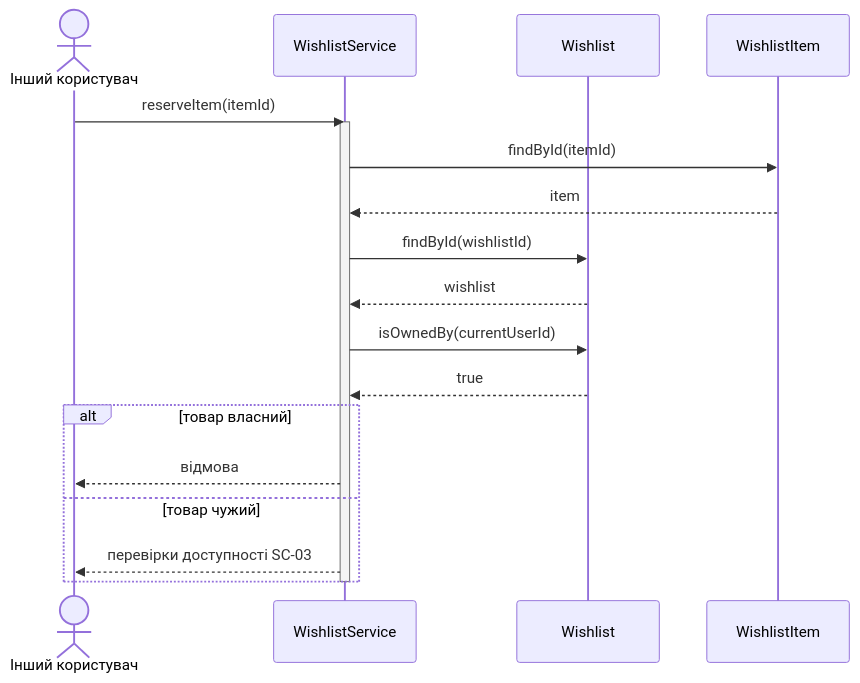
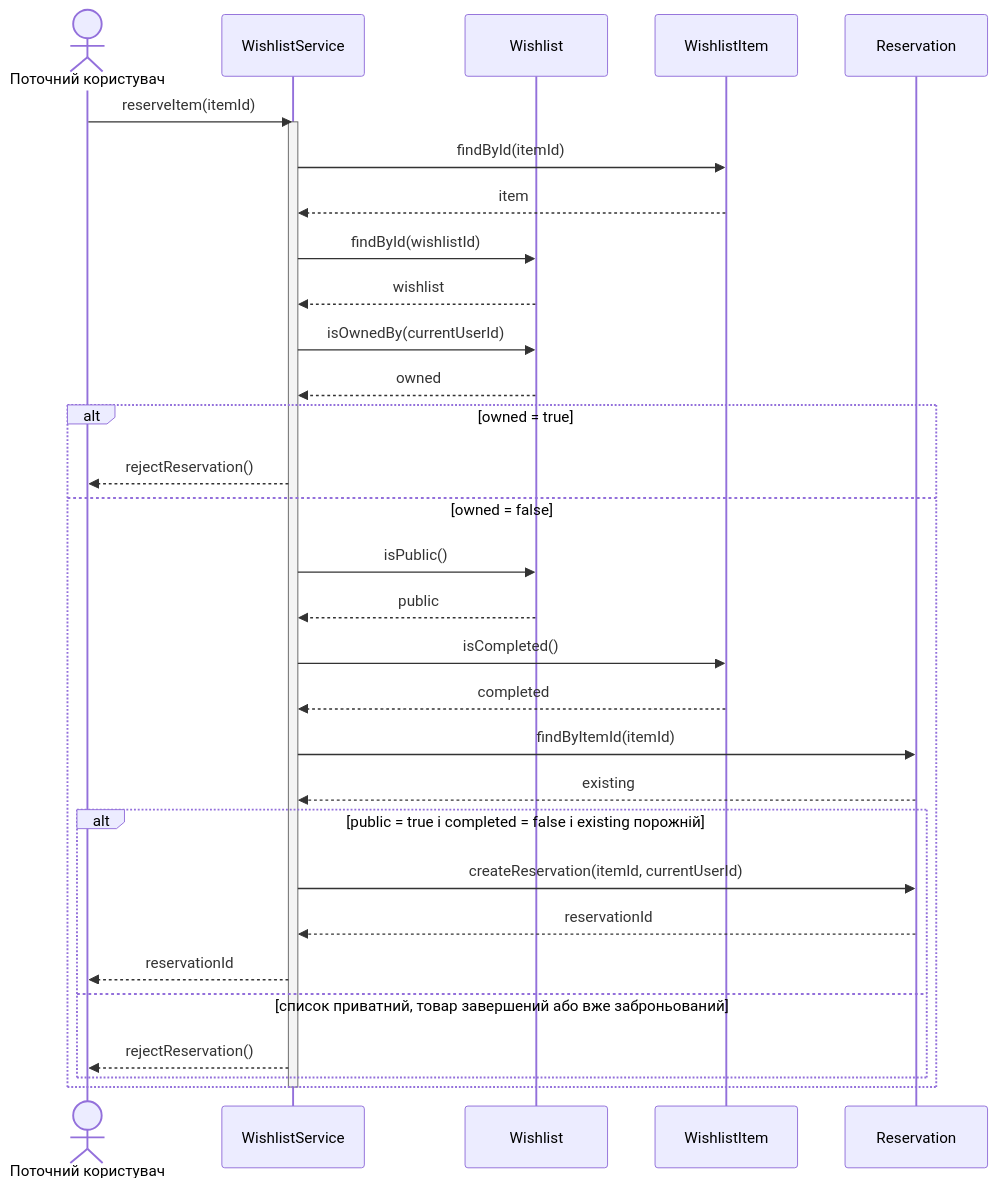
Before and after one commit to mariiahosp/kpi-labs: the diagram in lab3/sc-04-reserve-own-item.md, drawn with Mermaid. The commit also changed 6 other files, not shown here.

````diff
--- a/lab3/sc-04-reserve-own-item.md
+++ b/lab3/sc-04-reserve-own-item.md
@@ -3,23 +3,36 @@
 ```mermaid
 sequenceDiagram
-    actor User as Інший користувач
+    actor User as Поточний користувач
     participant S as WishlistService
     participant W as Wishlist
     participant Item as WishlistItem
+    participant R as Reservation
 
     User->>S: reserveItem(itemId)
     activate S
     S->>Item: findById(itemId)
     Item-->>S: item
     S->>W: findById(wishlistId)
     W-->>S: wishlist
     S->>W: isOwnedBy(currentUserId)
-    W-->>S: true
+    W-->>S: owned
 
-    alt товар власний
-        S-->>User: відмова
-    else товар чужий
-        S-->>User: перевірки доступності SC-03
+    alt owned = true
+        S-->>User: rejectReservation()
+    else owned = false
+        S->>W: isPublic()
+        W-->>S: public
+        S->>Item: isCompleted()
+        Item-->>S: completed
+        S->>R: findByItemId(itemId)
+        R-->>S: existing
+        alt public = true і completed = false і existing порожній
+            S->>R: createReservation(itemId, currentUserId)
+            R-->>S: reservationId
+            S-->>User: reservationId
+        else список приватний, товар завершений або вже заброньований
+            S-->>User: rejectReservation()
+        end
     end
     deactivate S
 ```
````
